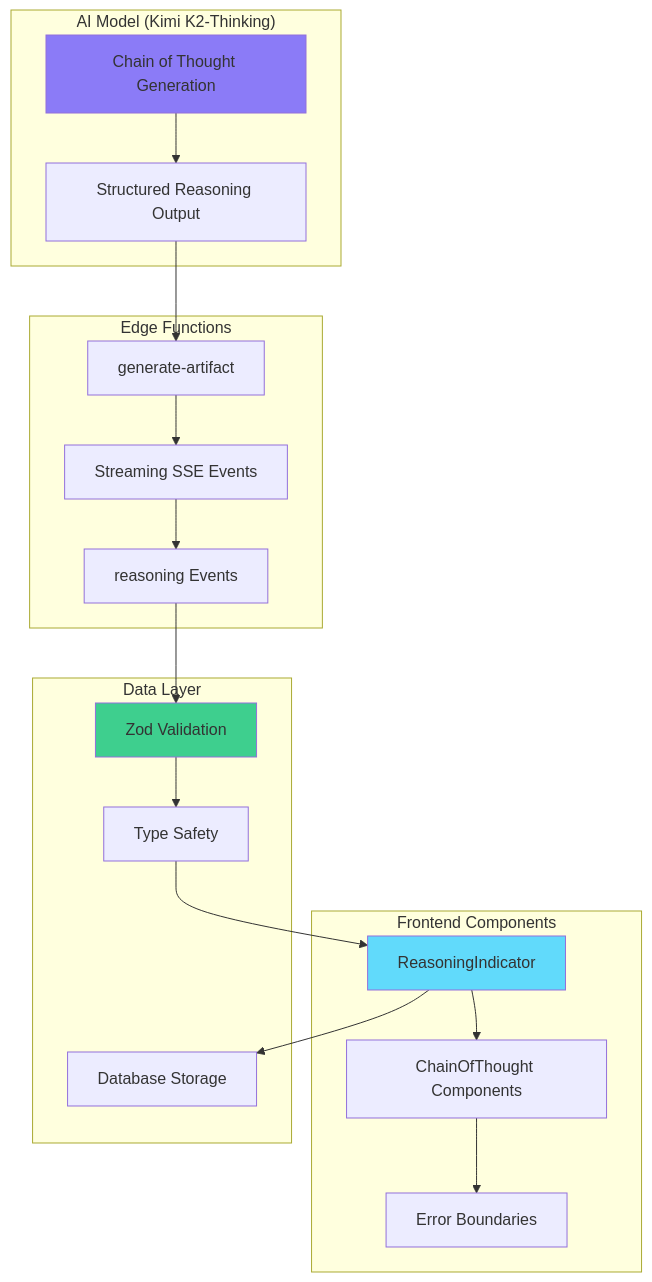
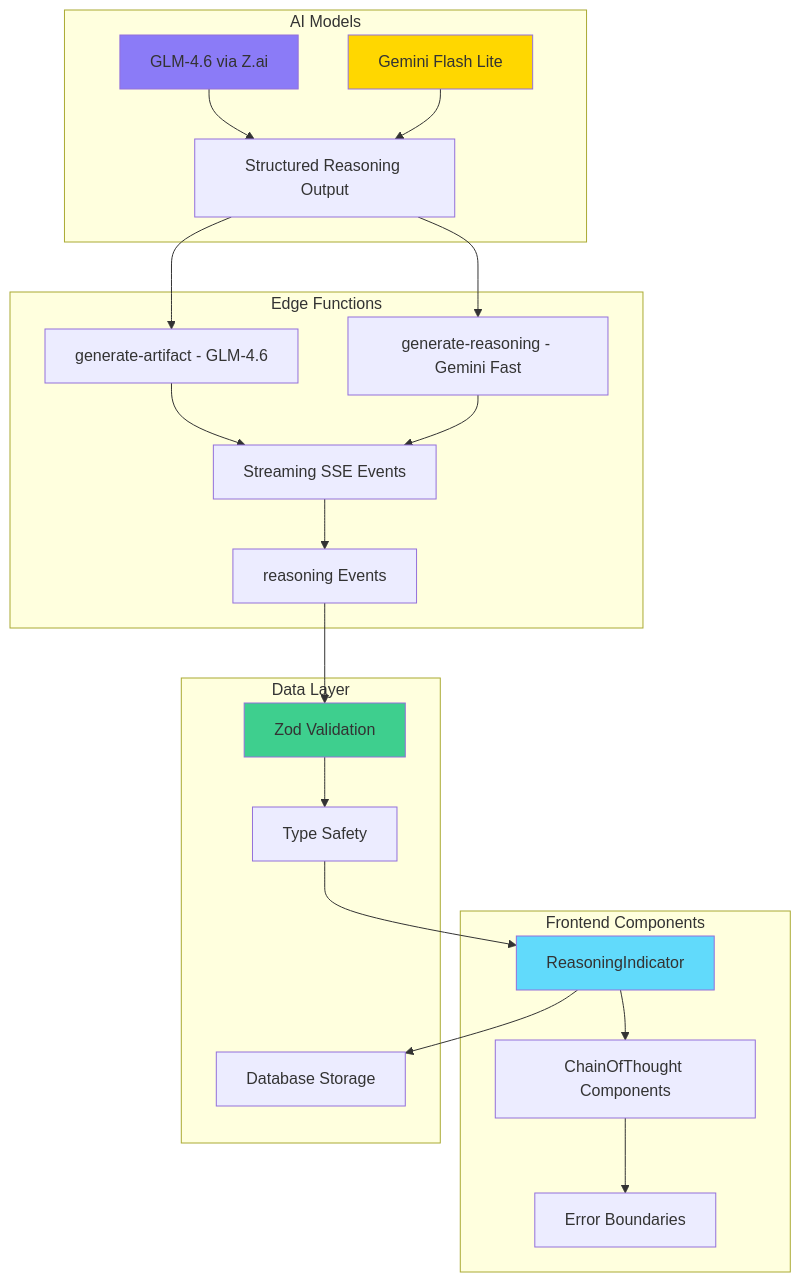
The first of 3 diagrams in docs/CHAIN_OF_THOUGHT.md (NickB03/vana), drawn with Mermaid before and after one commit. The commit also changed other lines of this file and 4 other files, not shown here.

````diff
--- a/docs/CHAIN_OF_THOUGHT.md
+++ b/docs/CHAIN_OF_THOUGHT.md
@@ -53,40 +56,46 @@
 ```mermaid
 graph TB
-    subgraph "AI Model (Kimi K2-Thinking)"
-        A[Chain of Thought Generation]
+    subgraph "AI Models"
+        A1[GLM-4.6 via Z.ai]
+        A2[Gemini Flash Lite]
         B[Structured Reasoning Output]
     end
 
     subgraph "Edge Functions"
-        C[generate-artifact]
+        C1[generate-artifact - GLM-4.6]
+        C2[generate-reasoning - Gemini Fast]
         D[Streaming SSE Events]
         E[reasoning Events]
     end
 
     subgraph "Frontend Components"
         F[ReasoningIndicator]
         G[ChainOfThought Components]
         H[Error Boundaries]
     end
 
     subgraph "Data Layer"
         I[Zod Validation]
         J[Type Safety]
         K[Database Storage]
     end
 
-    A --> B
-    B --> C
-    C --> D
+    A1 --> B
+    A2 --> B
+    B --> C1
+    B --> C2
+    C1 --> D
+    C2 --> D
     D --> E
     E --> I
     I --> J
     J --> F
     F --> G
     G --> H
     F --> K
 
-    style A fill:#8B7BF7
+    style A1 fill:#8B7BF7
+    style A2 fill:#FFD700
     style F fill:#61dafb
     style I fill:#3ecf8e
 ```
````
